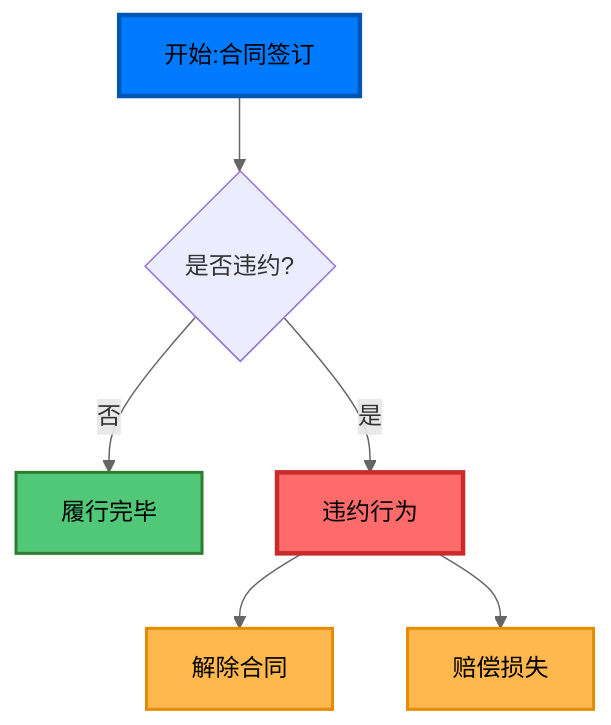
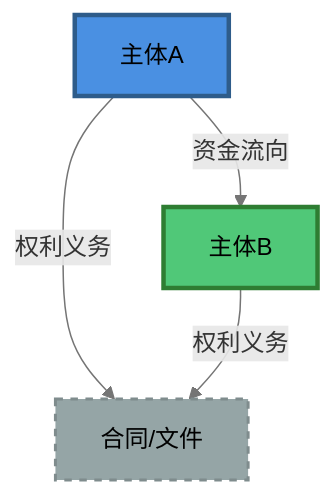
The sixth of 25 diagrams in .deepagents/skills/litigation-visualization/SKILL.md (daixin877889/LexSeek), drawn with Mermaid before and after one commit. The commit also changed other lines of this file and 10 other files, not shown here.

````diff
--- a/.deepagents/skills/litigation-visualization/SKILL.md
+++ b/.deepagents/skills/litigation-visualization/SKILL.md
@@ -44,29 +327,20 @@
 ```mermaid
 %%{init: {'themeVariables': {
-  'primaryColor': '#E6F3FF',
+  'primaryColor': '#E3F2FD',
   'primaryTextColor': '#000000',
-  'primaryBorderColor': '#007AFF',
-  'lineColor': '#666666',
-  'sectionBkgColor': '#4A90E2',
-  'altSectionBkgColor': '#50C878',
-  'gridColor': '#E6F3FF'
+  'primaryBorderColor': '#2196F3',
+  'lineColor': '#757575'
 }}}%%
-flowchart TD
-    A[开始:合同签订]:::start
-    B{是否违约?}
-    C[履行完毕]:::done
-    D[违约行为]:::alert
-    E[解除合同]:::stop
-    F[赔偿损失]:::stop
-
-    A --> B
-    B -->|是| D
-    B -->|否| C
-    D --> E
-    D --> F
-
-    classDef start fill:#007AFF,stroke:#0056b3,color:#000000,stroke-width:3px
-    classDef done fill:#50C878,stroke:#2e7d32,color:#000000,stroke-width:2px
-    classDef alert fill:#FF6B6B,stroke:#c92a2a,color:#000000,stroke-width:3px
-    classDef stop fill:#FFB84D,stroke:#e68a00,color:#000000,stroke-width:2px
+graph TD
+    A[主体A]:::partyA
+    B[主体B]:::partyB
+    C[合同/文件]:::contract
+    
+    A -->|权利义务| C
+    B -->|权利义务| C
+    A -->|资金流向| B
+    
+    classDef partyA fill:#4A90E2,stroke:#2E5C8A,color:#000000,stroke-width:3px
+    classDef partyB fill:#50C878,stroke:#2E7D32,color:#000000,stroke-width:3px
+    classDef contract fill:#95A5A6,stroke:#7F8C8D,color:#000000,stroke-width:2px,stroke-dasharray: 5 5
 ```
````
